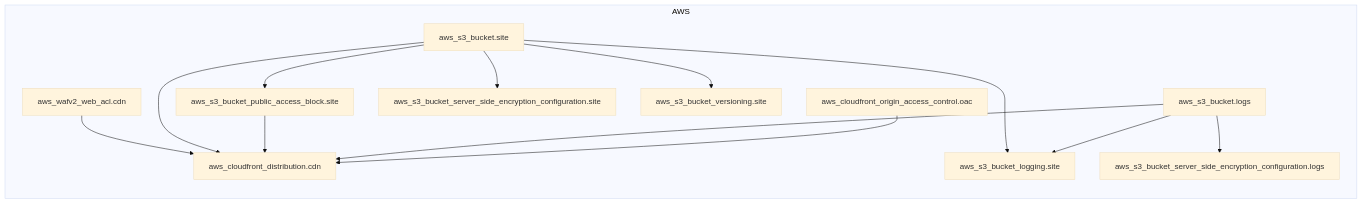
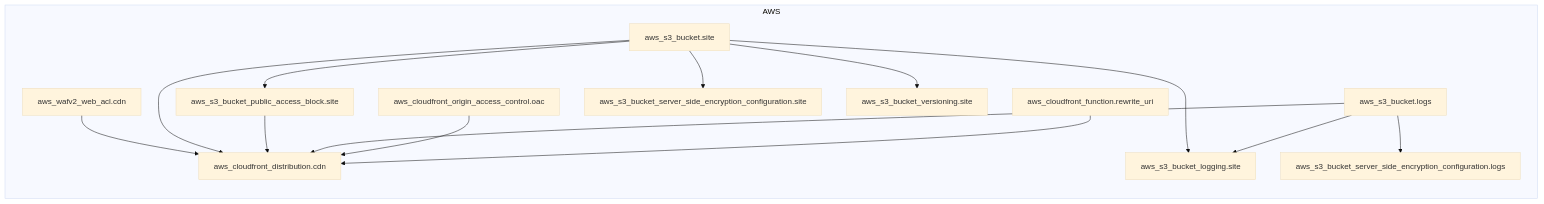
The diagram in examples/serverless-website/aws/terraform/architecture-diagram.mmd (suryakumaran2611/auto-arch-diagram), drawn with Mermaid (base theme) before and after one commit. The commit also changed 243 other files, not shown here.

First line of the commit message:
Simplify MLOps multi-cloud architecture diagrams

```diff
--- a/examples/serverless-website/aws/terraform/architecture-diagram.mmd
+++ b/examples/serverless-website/aws/terraform/architecture-diagram.mmd
@@ -1,24 +1,26 @@
 flowchart LR
 subgraph AWS[AWS]
   tf_aws_cloudfront_distribution_cdn["aws_cloudfront_distribution.cdn"]
+  tf_aws_cloudfront_function_rewrite_uri["aws_cloudfront_function.rewrite_uri"]
   tf_aws_cloudfront_origin_access_control_oac["aws_cloudfront_origin_access_control.oac"]
   tf_aws_s3_bucket_logs["aws_s3_bucket.logs"]
   tf_aws_s3_bucket_site["aws_s3_bucket.site"]
   tf_aws_s3_bucket_logging_site["aws_s3_bucket_logging.site"]
   tf_aws_s3_bucket_public_access_block_site["aws_s3_bucket_public_access_block.site"]
   tf_aws_s3_bucket_server_side_encryption_configuration_logs["aws_s3_bucket_server_side_encryption_configuration.logs"]
   tf_aws_s3_bucket_server_side_encryption_configuration_site["aws_s3_bucket_server_side_encryption_configuration.site"]
   tf_aws_s3_bucket_versioning_site["aws_s3_bucket_versioning.site"]
   tf_aws_wafv2_web_acl_cdn["aws_wafv2_web_acl.cdn"]
 end
+tf_aws_cloudfront_function_rewrite_uri --> tf_aws_cloudfront_distribution_cdn
 tf_aws_cloudfront_origin_access_control_oac --> tf_aws_cloudfront_distribution_cdn
 tf_aws_s3_bucket_logs --> tf_aws_cloudfront_distribution_cdn
 tf_aws_s3_bucket_logs --> tf_aws_s3_bucket_logging_site
 tf_aws_s3_bucket_logs --> tf_aws_s3_bucket_server_side_encryption_configuration_logs
 tf_aws_s3_bucket_public_access_block_site --> tf_aws_cloudfront_distribution_cdn
 tf_aws_s3_bucket_site --> tf_aws_cloudfront_distribution_cdn
 tf_aws_s3_bucket_site --> tf_aws_s3_bucket_logging_site
 tf_aws_s3_bucket_site --> tf_aws_s3_bucket_public_access_block_site
 tf_aws_s3_bucket_site --> tf_aws_s3_bucket_server_side_encryption_configuration_site
 tf_aws_s3_bucket_site --> tf_aws_s3_bucket_versioning_site
 tf_aws_wafv2_web_acl_cdn --> tf_aws_cloudfront_distribution_cdn
```
